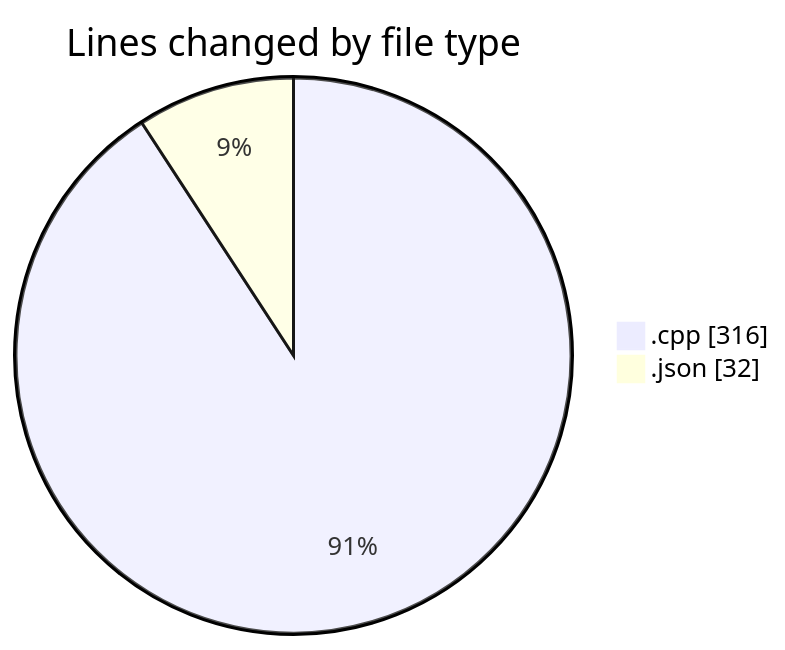
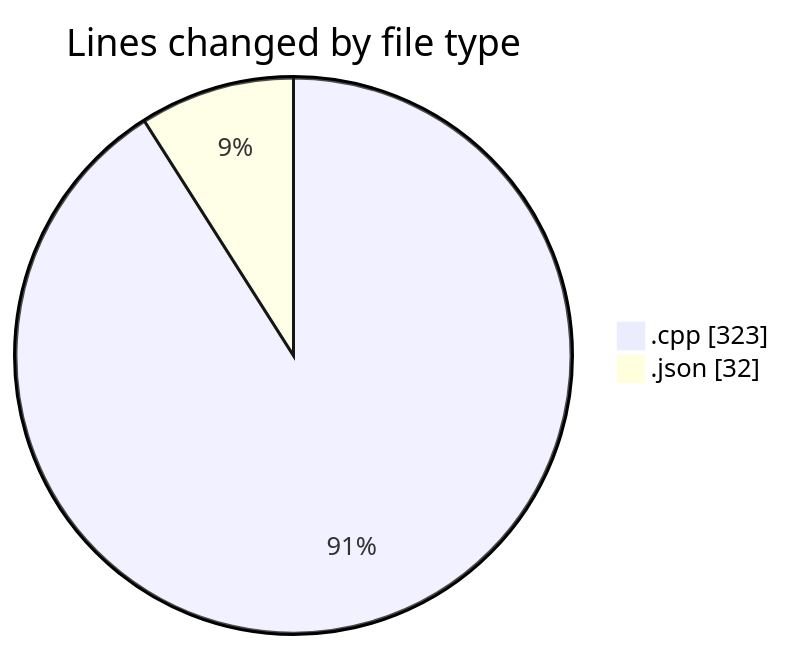
The first of 2 diagrams in 2025-04-23/echo/README.md (Netris89/code-tracking), drawn with Mermaid before and after one commit. The commit also changed other lines of this file and 1 other file, not shown here.

````diff
--- a/2025-04-23/echo/README.md
+++ b/2025-04-23/echo/README.md
@@ -21,6 +21,6 @@
 ```mermaid
 pie showData
 title Lines changed by file type
-".cpp" : 316
+".cpp" : 323
 ".json" : 32
 ```
````
